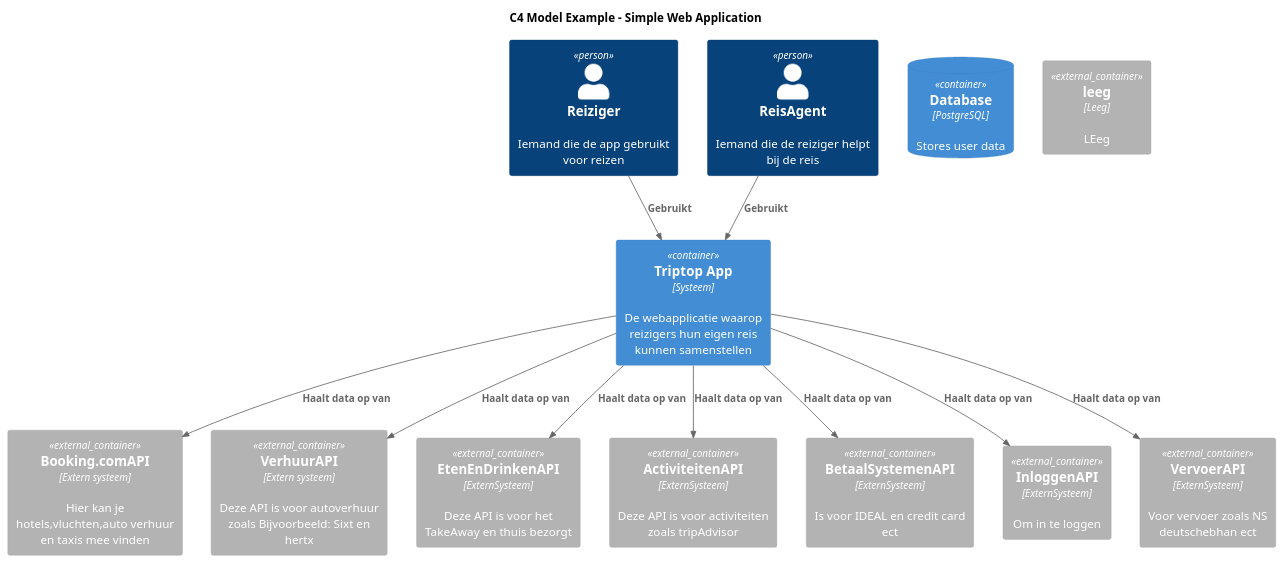
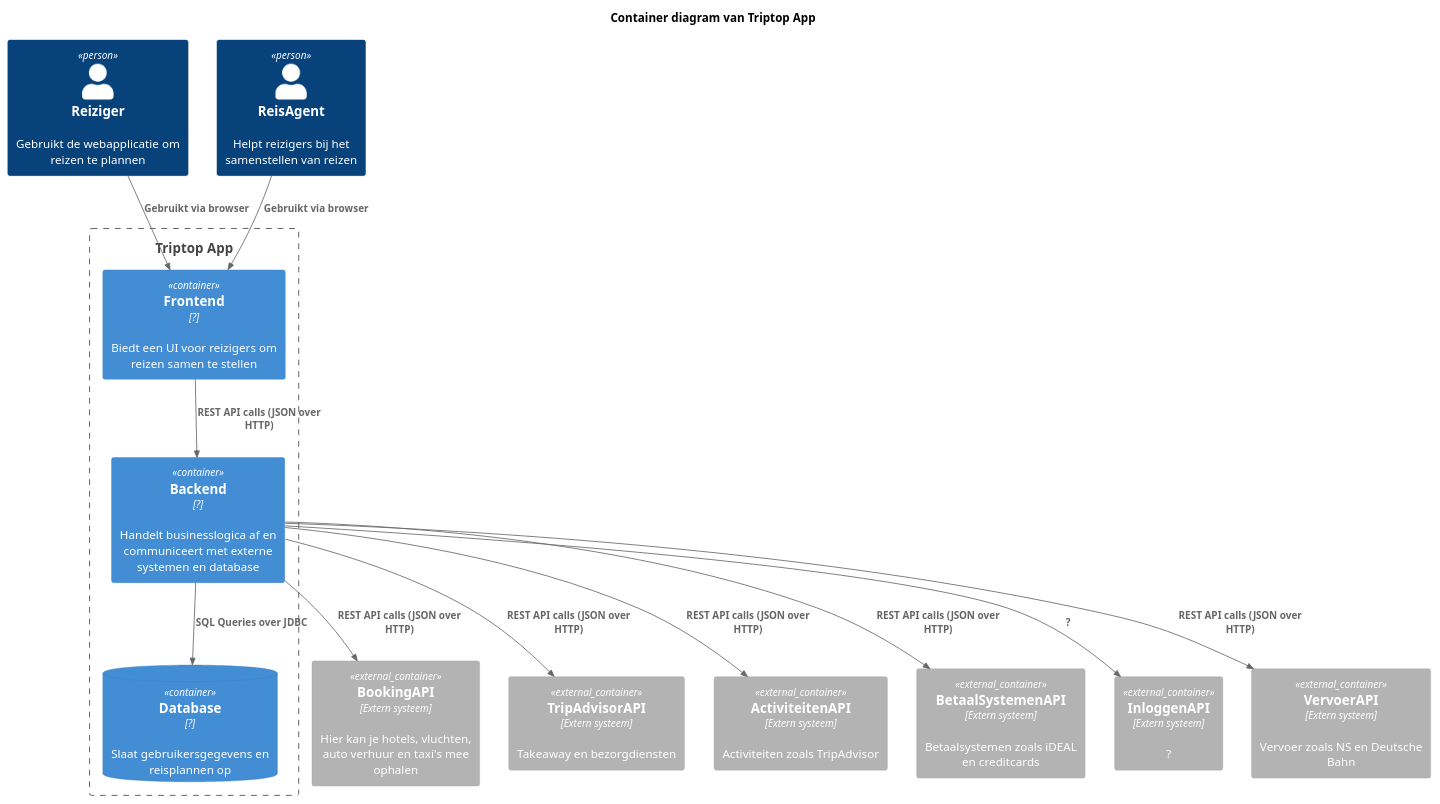
Before and after one commit to AIM-ENE-feb25/triptop-peak-performers-groep-1: the diagram in opdracht-diagrammen/C4-Diagrammen/C4-Container-Diagram.puml, drawn with PlantUML. The commit also changed 7 other files, not shown here.

```diff
--- a/opdracht-diagrammen/C4-Diagrammen/C4-Container-Diagram.puml
+++ b/opdracht-diagrammen/C4-Diagrammen/C4-Container-Diagram.puml
@@ -1,34 +1,33 @@
 @startuml
 !include <C4/C4_Container>
 
-title C4 Model Example - Simple Web Application
+title Container diagram van Triptop App
 
-Person(Reiziger, "Reiziger", "Iemand die de app gebruikt voor reizen")
-Person(ReisAgent, "ReisAgent", "Iemand die de reiziger helpt bij de reis")
+Boundary(system, "Triptop App") {
+    ContainerDb(db, "Database", "?", "Slaat gebruikersgegevens en reisplannen op")
+    Container(webapp, "Frontend", "?", "Biedt een UI voor reizigers om reizen samen te stellen")
+    Container(api, "Backend", "?", "Handelt businesslogica af en communiceert met externe systemen en database")
+}
 
+Person(Reiziger, "Reiziger", "Gebruikt de webapplicatie om reizen te plannen")
+Person(ReisAgent, "ReisAgent", "Helpt reizigers bij het samenstellen van reizen")
 
-Container(system, "Triptop App", "Systeem", "De webapplicatie waarop reizigers hun eigen reis kunnen samenstellen")
-ContainerDb(db, "Database", "PostgreSQL", "Stores user data")
-Container_Ext(Booking.comAPI, Booking.comAPI, "Extern systeem","Hier kan je hotels,vluchten,auto verhuur en taxis mee vinden")
-Container_Ext(VerhuurAPI, "VerhuurAPI", "Extern systeem","Deze API is voor autoverhuur zoals Bijvoorbeeld: Sixt en hertx")
-Container_Ext(EtenEnDrinkenAPI, "EtenEnDrinkenAPI", "ExternSysteem","Deze API is voor het TakeAway en thuis bezorgt")
-Container_Ext(ActiviteitenAPI, "ActiviteitenAPI", "ExternSysteem","Deze API is voor activiteiten zoals tripAdvisor")
-Container_Ext(BetaalSystemenAPI, "BetaalSystemenAPI", "ExternSysteem","Is voor IDEAL en credit card ect")
-Container_Ext(InloggenAPI, "InloggenAPI", "ExternSysteem","Om in te loggen")
-Container_Ext(VervoerAPI, "VervoerAPI", "ExternSysteem","Voor vervoer zoals NS deutschebhan ect")
+Container_Ext(BookingAPI, "BookingAPI", "Extern systeem", "Hier kan je hotels, vluchten, auto verhuur en taxi's mee ophalen")
+Container_Ext(TripAdvisorAPI, "TripAdvisorAPI", "Extern systeem", "Takeaway en bezorgdiensten")
+Container_Ext(ActiviteitenAPI, "ActiviteitenAPI", "Extern systeem", "Activiteiten zoals TripAdvisor")
+Container_Ext(BetaalSystemenAPI, "BetaalSystemenAPI", "Extern systeem", "Betaalsystemen zoals iDEAL en creditcards")
+Container_Ext(InloggenAPI, "InloggenAPI", "Extern systeem", "?")
+Container_Ext(VervoerAPI, "VervoerAPI", "Extern systeem", "Vervoer zoals NS en Deutsche Bahn")
 
-Container_Ext(Leeg, "leeg", "Leeg","LEeg")
-
-Rel(Reiziger,system, "Gebruikt")
-Rel("ReisAgent",system, "Gebruikt")
-Rel(system,Booking.comAPI,"Haalt data op van")
-Rel(system,"VerhuurAPI","Haalt data op van" )
-Rel(system,"EtenEnDrinkenAPI","Haalt data op van" )
-Rel(system,"ActiviteitenAPI","Haalt data op van" )
-Rel(system,"BetaalSystemenAPI","Haalt data op van" )
-Rel(system,"InloggenAPI","Haalt data op van" )
-Rel(system,"VervoerAPI","Haalt data op van" )
-
-
+Rel(Reiziger, webapp, "Gebruikt via browser")
+Rel(ReisAgent, webapp, "Gebruikt via browser")
+Rel(api, db, "SQL Queries over JDBC")
+Rel(webapp, api, "REST API calls (JSON over HTTP)")
+Rel(api, BookingAPI, "REST API calls (JSON over HTTP)")
+Rel(api, TripAdvisorAPI, "REST API calls (JSON over HTTP)")
+Rel(api, ActiviteitenAPI, "REST API calls (JSON over HTTP)")
+Rel(api, BetaalSystemenAPI, "REST API calls (JSON over HTTP)")
+Rel(api, InloggenAPI, "?")
+Rel(api, VervoerAPI, "REST API calls (JSON over HTTP)")
 
 @enduml
```
